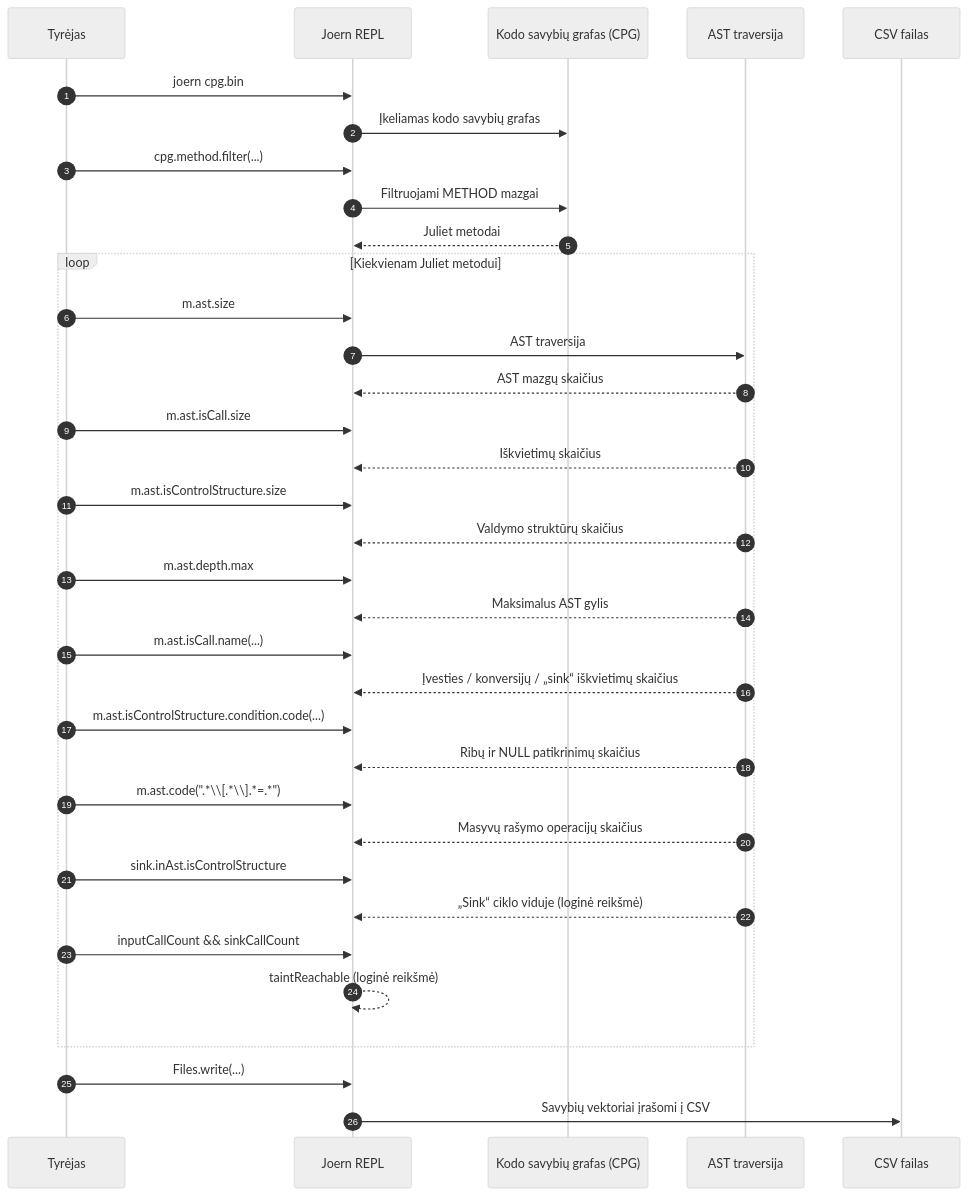
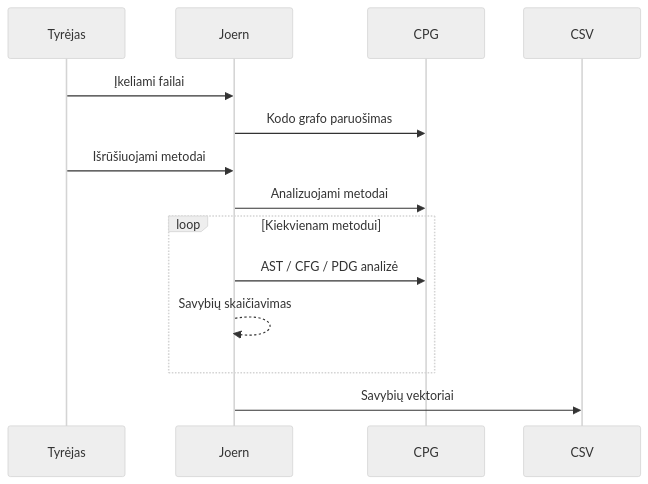
One commit to vestinabert/MAGISTRAS changed the diagram in joern_parse_schema.mermaid. Above: the diagram before and after it, drawn with Mermaid (neutral theme).

Commit message:
Refactor sequence diagram for Joern parsing

```diff
--- a/joern_parse_schema.mermaid
+++ b/joern_parse_schema.mermaid
@@ -1,60 +1,18 @@
 sequenceDiagram
-    autonumber
+    participant U as Tyrėjas
+    participant J as Joern
+    participant CPG as CPG
+    participant CSV as CSV
 
-    participant U as Tyrėjas
-    participant J as Joern REPL
-    participant CPG as Kodo savybių grafas (CPG)
-    participant AST as AST traversija
-    participant CSV as CSV failas
+    U->>J: Įkeliami failai
+    J->>CPG: Kodo grafo paruošimas
 
-    %% CPG įkėlimas
-    U->>J: joern cpg.bin
-    J->>CPG: Įkeliamas kodo savybių grafas
+    U->>J: Išrūšiuojami metodai
+    J->>CPG: Analizuojami metodai
 
-    %% Metodų atranka
-    U->>J: cpg.method.filter(...)
-    J->>CPG: Filtruojami METHOD mazgai
-    CPG-->>J: Juliet metodai
-
-    %% Savybių išgavimo ciklas
-    loop Kiekvienam Juliet metodui
-
-        %% AST struktūra
-        U->>J: m.ast.size
-        J->>AST: AST traversija
-        AST-->>J: AST mazgų skaičius
-
-        U->>J: m.ast.isCall.size
-        AST-->>J: Iškvietimų skaičius
-
-        U->>J: m.ast.isControlStructure.size
-        AST-->>J: Valdymo struktūrų skaičius
-
-        U->>J: m.ast.depth.max
-        AST-->>J: Maksimalus AST gylis
-
-        %% API naudojimas
-        U->>J: m.ast.isCall.name(...)
-        AST-->>J: Įvesties / konversijų / „sink“ iškvietimų skaičius
-
-        %% Apsaugos ir validacija
-        U->>J: m.ast.isControlStructure.condition.code(...)
-        AST-->>J: Ribų ir NULL patikrinimų skaičius
-
-        %% Atmintis ir „sink“ operacijos
-        U->>J: m.ast.code(".*\\[.*\\].*=.*")
-        AST-->>J: Masyvų rašymo operacijų skaičius
-
-        %% Ciklo kontekstas
-        U->>J: sink.inAst.isControlStructure
-        AST-->>J: „Sink“ ciklo viduje (loginė reikšmė)
-
-        %% Heuristinė „taint“ analizė
-        U->>J: inputCallCount && sinkCallCount
-        J-->>J: taintReachable (loginė reikšmė)
-
+    loop Kiekvienam metodui
+        J->>CPG: AST / CFG / PDG analizė
+        J-->>J: Savybių skaičiavimas
     end
 
-    %% Eksportas
-    U->>J: Files.write(...)
-    J->>CSV: Savybių vektoriai įrašomi į CSV
+    J->>CSV: Savybių vektoriai
```
